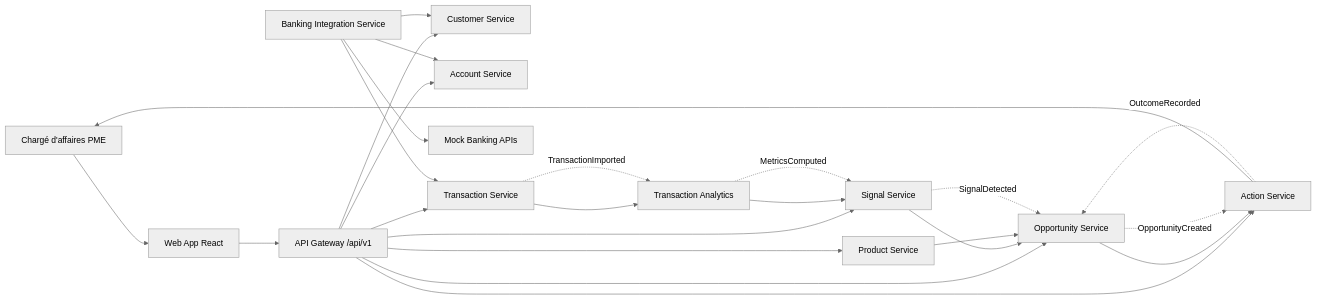
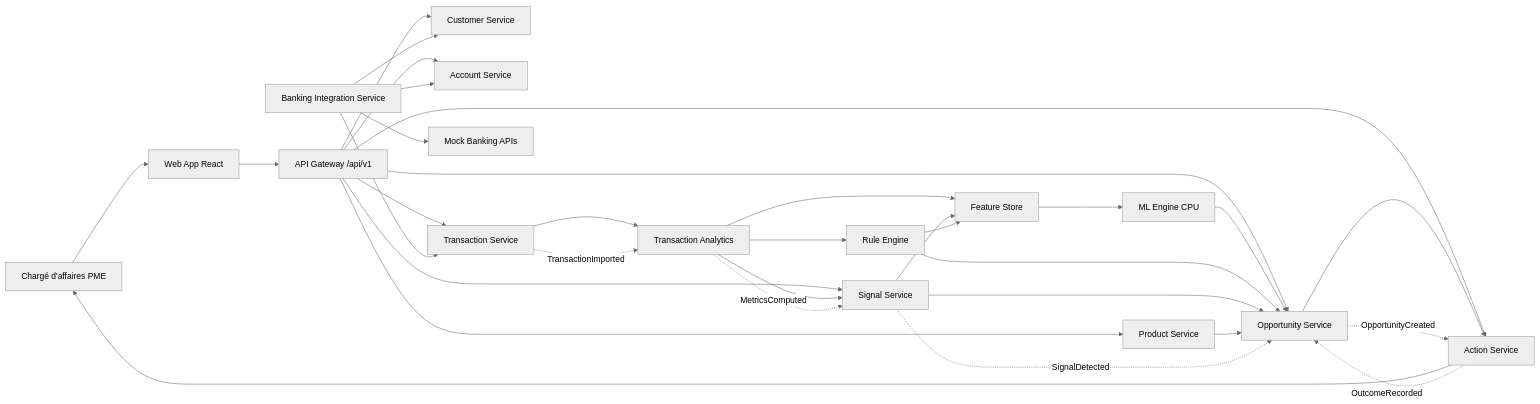
The first of 2 diagrams in architecture/architecture.md (compleoRepos/boa-sme-opportunity-intelligence), drawn with Mermaid (neutral theme) before and after one commit. The commit also changed other lines of this file and 13 other files, not shown here.

````diff
--- a/architecture/architecture.md
+++ b/architecture/architecture.md
@@ -17,29 +17,36 @@
 ```mermaid
 flowchart LR
     RM[Chargé d'affaires PME] --> WEB[Web App React]
     WEB --> GW[API Gateway /api/v1]
     GW --> CUS[Customer Service]
     GW --> ACC[Account Service]
     GW --> TX[Transaction Service]
     GW --> OPP[Opportunity Service]
     GW --> ACT[Action Service]
     GW --> PROD[Product Service]
     GW --> SIG[Signal Service]
 
     INT[Banking Integration Service] --> MOCK[Mock Banking APIs]
     INT --> TX
     INT --> ACC
     INT --> CUS
     TX --> AN[Transaction Analytics]
     AN --> SIG
+    AN --> RE[Rule Engine]
+    AN --> FS[Feature Store]
+    SIG --> FS
+    RE --> FS
+    FS --> ML[ML Engine CPU]
+    ML --> OPP
+    RE --> OPP
     SIG --> OPP
     PROD --> OPP
     OPP --> ACT
     ACT --> RM
 
     TX -. TransactionImported .-> AN
     AN -. MetricsComputed .-> SIG
     SIG -. SignalDetected .-> OPP
     OPP -. OpportunityCreated .-> ACT
     ACT -. OutcomeRecorded .-> OPP
 ```
````
